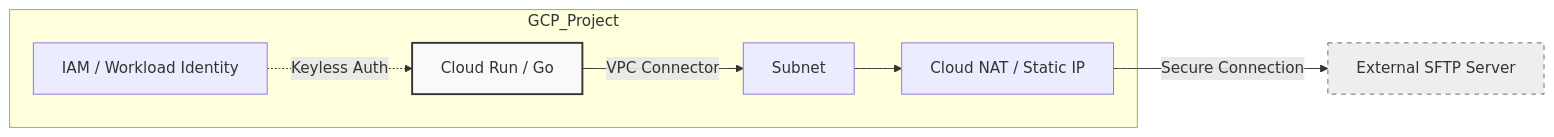
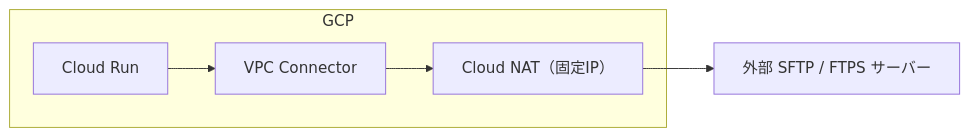
The first of 2 diagrams in projects/01_cloud_native_architecture/README.md (conti0513/development_public), drawn with Mermaid before and after one commit. The commit also changed other lines of this file, not shown here.

````diff
--- a/projects/01_cloud_native_architecture/README.md
+++ b/projects/01_cloud_native_architecture/README.md
@@ -22,13 +49,8 @@
 ```mermaid
 graph LR
-    subgraph GCP_Project
-        CR[Cloud Run / Go] -->|VPC Connector| SN[Subnet]
-        SN --> NAT[Cloud NAT / Static IP]
-        IAM[IAM / Workload Identity] -.->|Keyless Auth| CR
+    subgraph GCP
+        CR[Cloud Run] --> VC[VPC Connector]
+        VC --> NAT[Cloud NAT（固定IP）]
     end
-    NAT -->|Secure Connection| EXT[External SFTP Server]
-    
-    style CR fill:#f9f9f9,stroke:#333,stroke-width:2px
-    style EXT fill:#eee,stroke:#666,stroke-dasharray: 5 5
-
+    NAT --> EXT[外部 SFTP / FTPS サーバー]
 ```
````
